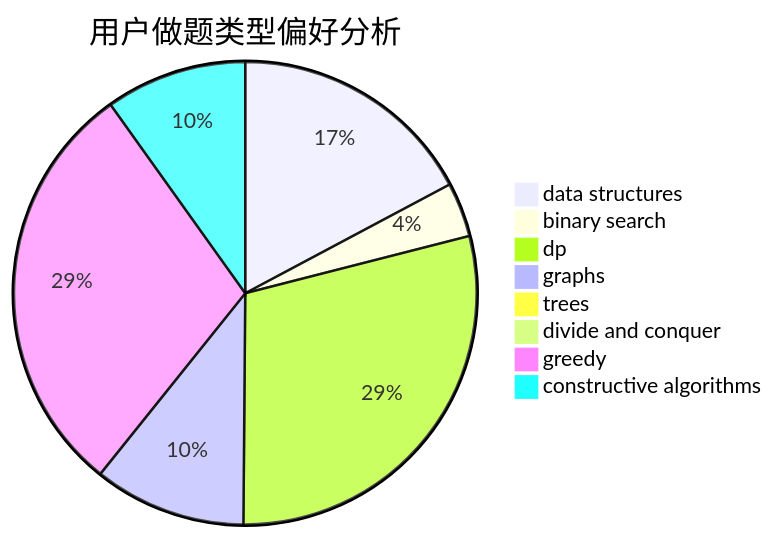
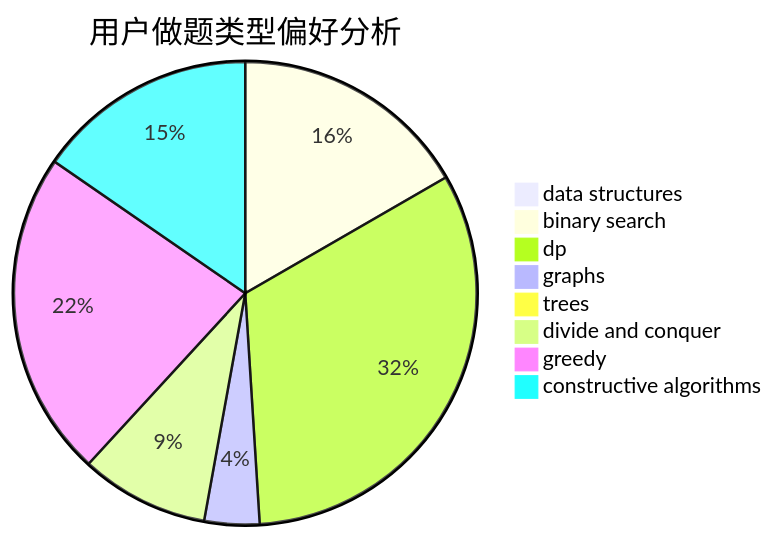
The second of 3 diagrams in docs/user/u1273.md (sherpahu/cfrs.github.io), drawn with Mermaid before and after one commit. The commit also changed other lines of this file and 2770 other files, not shown here.

````diff
--- a/docs/user/u1273.md
+++ b/docs/user/u1273.md
@@ -23,11 +23,11 @@
 ```mermaid
 pie title 用户做题类型偏好分析
-    "data structures" :  68
-    "binary search" :  15
-    "dp" :  115
-    "graphs" :  42
+    "data structures" :  6
+    "binary search" :  117
+    "dp" :  227
+    "graphs" :  27
     "trees" :  4
-    "divide and conquer" :  4
-    "greedy" :  116
-    "constructive algorithms" :  39
+    "divide and conquer" :  63
+    "greedy" :  160
+    "constructive algorithms" :  108
 ```
````
